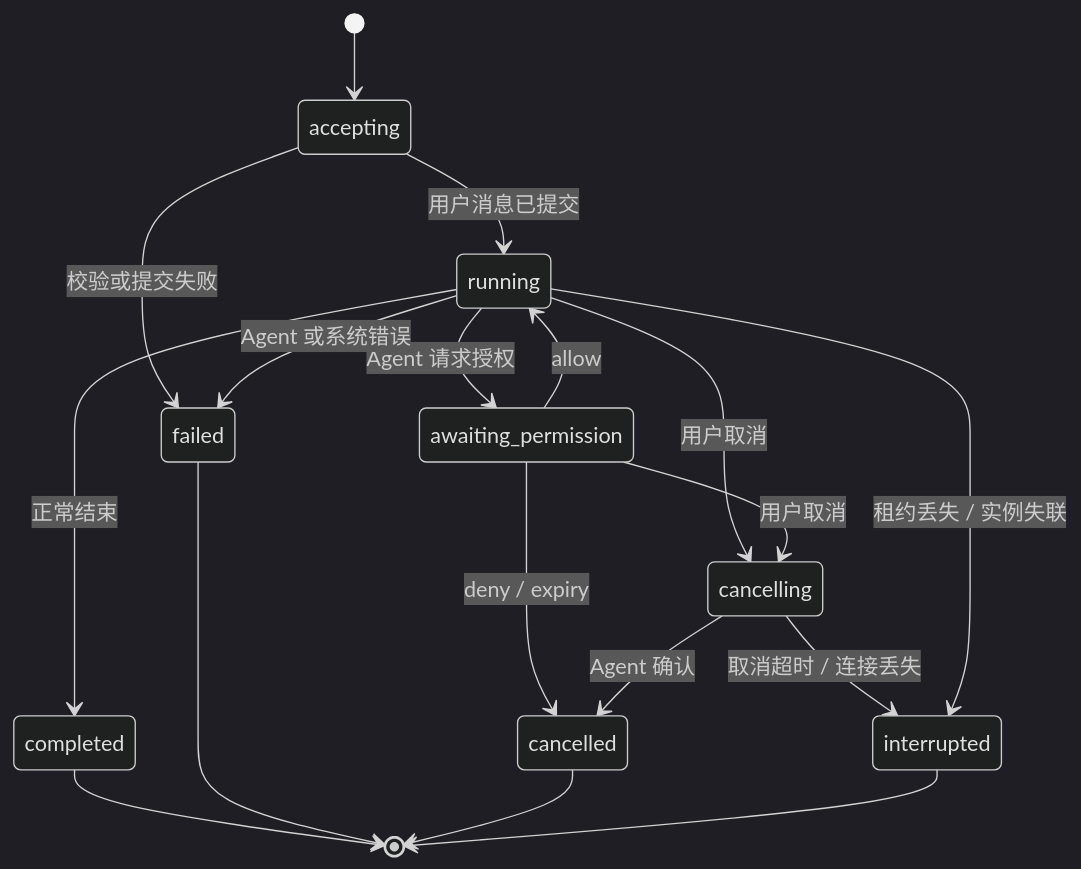
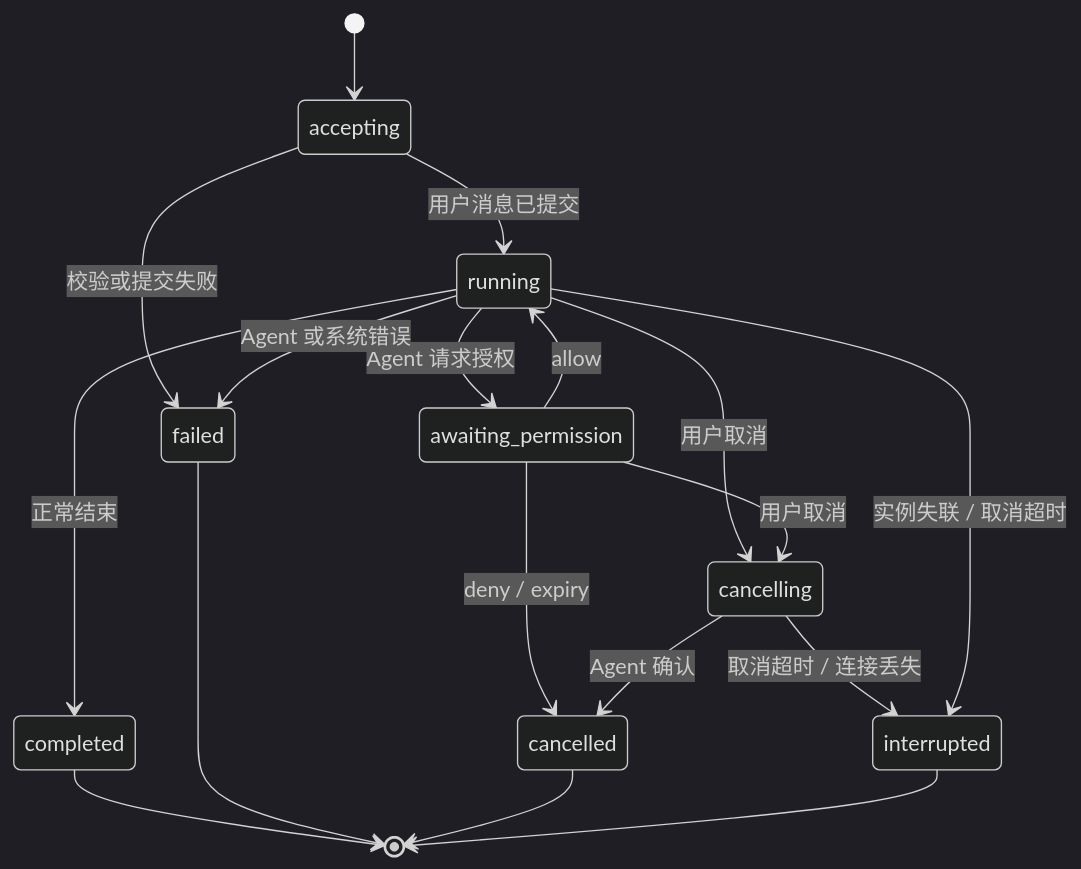
One commit to HuangPuStar/FenixAgent changed the tenth of 10 diagrams in docs/arch/19-yjs-chat-streaming.md. Above: the diagram before and after it, drawn with Mermaid (dark theme). The commit also changed other lines of this file and 17 other files, not shown here.

````diff
--- a/docs/arch/19-yjs-chat-streaming.md
+++ b/docs/arch/19-yjs-chat-streaming.md
@@ -641,20 +651,20 @@
 ```mermaid
 stateDiagram-v2
     [*] --> accepting
     accepting --> running: 用户消息已提交
     accepting --> failed: 校验或提交失败
     running --> awaiting_permission: Agent 请求授权
     awaiting_permission --> running: allow
     awaiting_permission --> cancelled: deny / expiry
     running --> cancelling: 用户取消
     awaiting_permission --> cancelling: 用户取消
     cancelling --> cancelled: Agent 确认
     cancelling --> interrupted: 取消超时 / 连接丢失
     running --> completed: 正常结束
     running --> failed: Agent 或系统错误
-    running --> interrupted: 租约丢失 / 实例失联
+    running --> interrupted: 实例失联 / 取消超时
     completed --> [*]
     failed --> [*]
     cancelled --> [*]
     interrupted --> [*]
 ```
````
